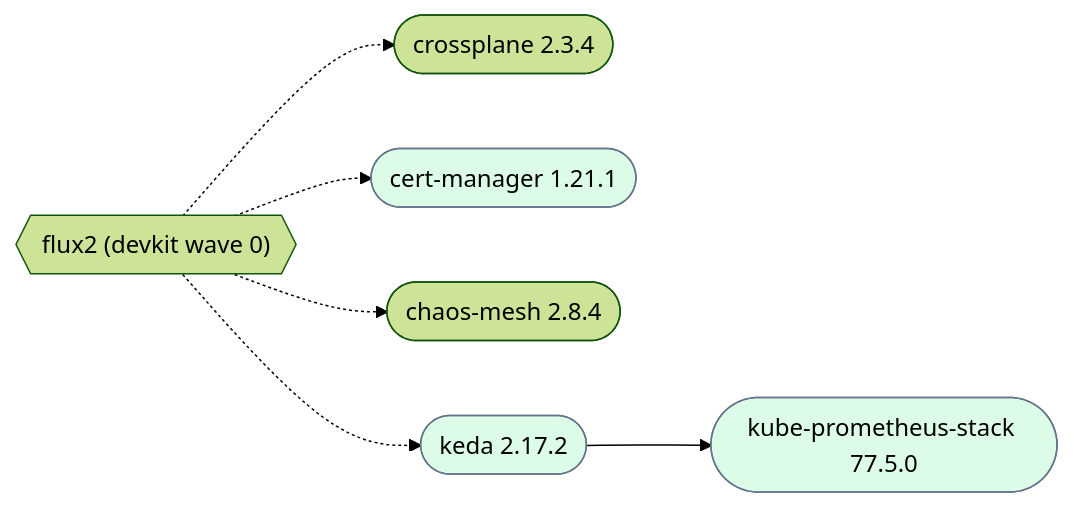
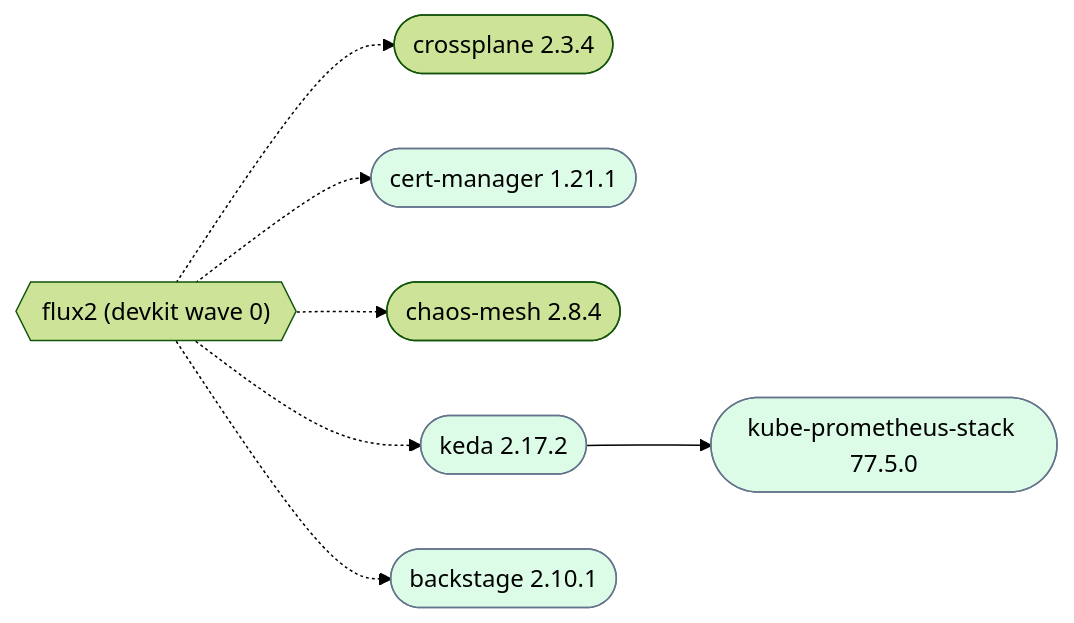
The second of 2 diagrams in docs/install-graph.md (slavalslutkovsky/kcl-packages), drawn with Mermaid (forest theme) before and after one commit. The commit also changed other lines of this file and 472 other files, not shown here.

````diff
--- a/docs/install-graph.md
+++ b/docs/install-graph.md
@@ -167,22 +299,25 @@
 ```mermaid
 flowchart LR
   flux2{{"flux2 (devkit wave 0)"}}
   crossplane(["crossplane 2.3.4"])
   cert_manager(["cert-manager 1.21.1"])
   chaos_mesh(["chaos-mesh 2.8.4"])
   keda(["keda 2.17.2"])
   kube_prometheus_stack(["kube-prometheus-stack 77.5.0"])
+  backstage(["backstage 2.10.1"])
   flux2 -.-> crossplane
   flux2 -.-> cert_manager
   flux2 -.-> chaos_mesh
   flux2 -.-> keda
   keda --> kube_prometheus_stack
+  flux2 -.-> backstage
   classDef type_manager fill:#dbeafe,stroke:#64748b
   classDef type_application fill:#dcfce7,stroke:#64748b
   classDef overlap stroke:#b3261e,stroke-width:3px
   class crossplane type_manager,overlap
   class cert_manager type_application
   class chaos_mesh type_application,overlap
   class keda type_application
   class kube_prometheus_stack type_application
+  class backstage type_application
 ```
````
